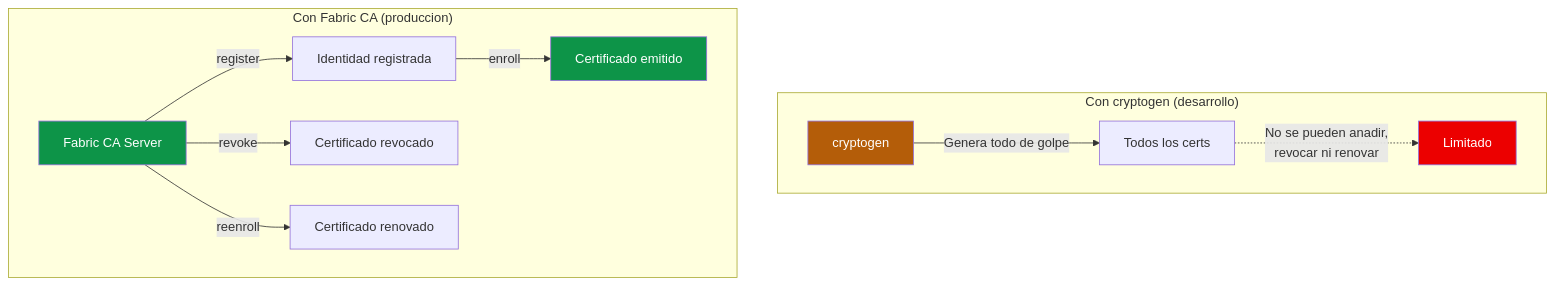
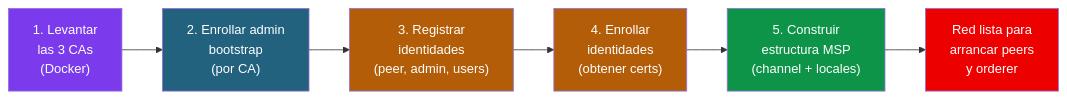
One commit to jjnieto/Curso-HLFabric changed the first of 7 diagrams in Modulo-2/05-fabric-ca.md. Above: the diagram before and after it, drawn with Mermaid. The commit also changed other lines of this file, not shown here.

First line of the commit message:
Modulo 2: reescribir 05-fabric-ca.md siguiendo el patrón del 04 (guiado paso a paso)

````diff
--- a/Modulo-2/05-fabric-ca.md
+++ b/Modulo-2/05-fabric-ca.md
@@ -14,19 +51,15 @@
 ```mermaid
-graph TB
-    subgraph "Con cryptogen (desarrollo)"
-        CG["cryptogen"] --> |"Genera todo de golpe"| CERTS1["Todos los certs"]
-        CERTS1 -. "No se pueden anadir,<br/>revocar ni renovar" .-> X["Limitado"]
-    end
+graph LR
+    P1["1. Levantar<br/>las 3 CAs<br/>(Docker)"] --> P2["2. Enrollar admin<br/>bootstrap<br/>(por CA)"]
+    P2 --> P3["3. Registrar<br/>identidades<br/>(peer, admin, users)"]
+    P3 --> P4["4. Enrollar<br/>identidades<br/>(obtener certs)"]
+    P4 --> P5["5. Construir<br/>estructura MSP<br/>(channel + locales)"]
+    P5 --> P6["Red lista para<br/>arrancar peers<br/>y orderer"]
 
-    subgraph "Con Fabric CA (produccion)"
-        CA["Fabric CA Server"] --> |"register"| ID["Identidad registrada"]
-        ID --> |"enroll"| CERT["Certificado emitido"]
-        CA --> |"revoke"| REV["Certificado revocado"]
-        CA --> |"reenroll"| REN["Certificado renovado"]
-    end
-
-    style CG fill:#B45D09,color:#fff
-    style X fill:#EC0000,color:#fff
-    style CA fill:#0D9448,color:#fff
-    style CERT fill:#0D9448,color:#fff
+    style P1 fill:#7C3AED,color:#fff
+    style P2 fill:#22627E,color:#fff
+    style P3 fill:#B45D09,color:#fff
+    style P4 fill:#B45D09,color:#fff
+    style P5 fill:#0D9448,color:#fff
+    style P6 fill:#EC0000,color:#fff
 ```
````
